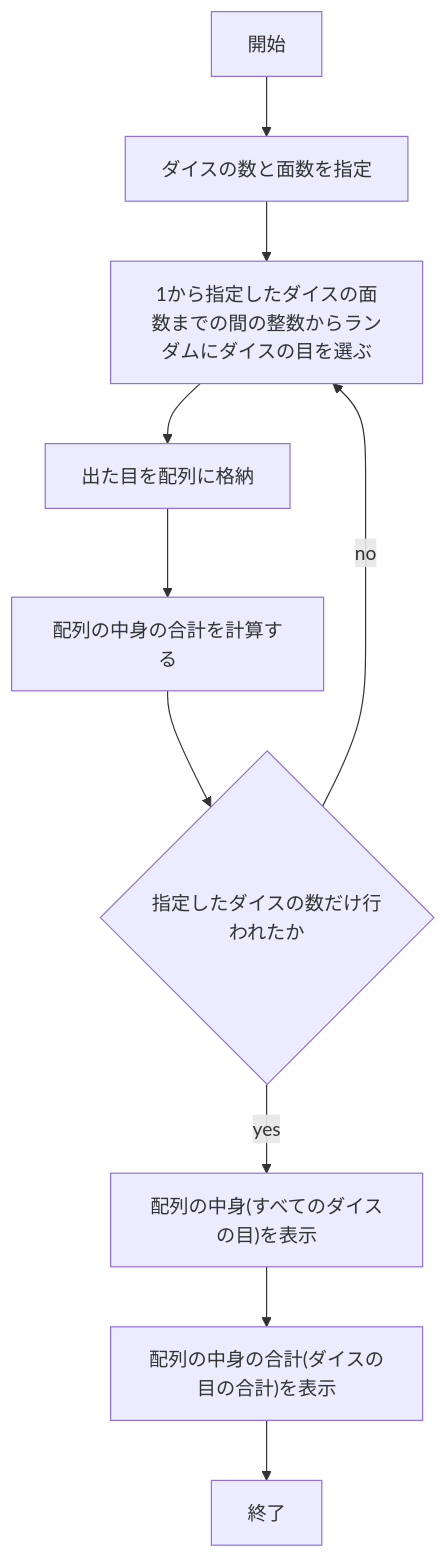
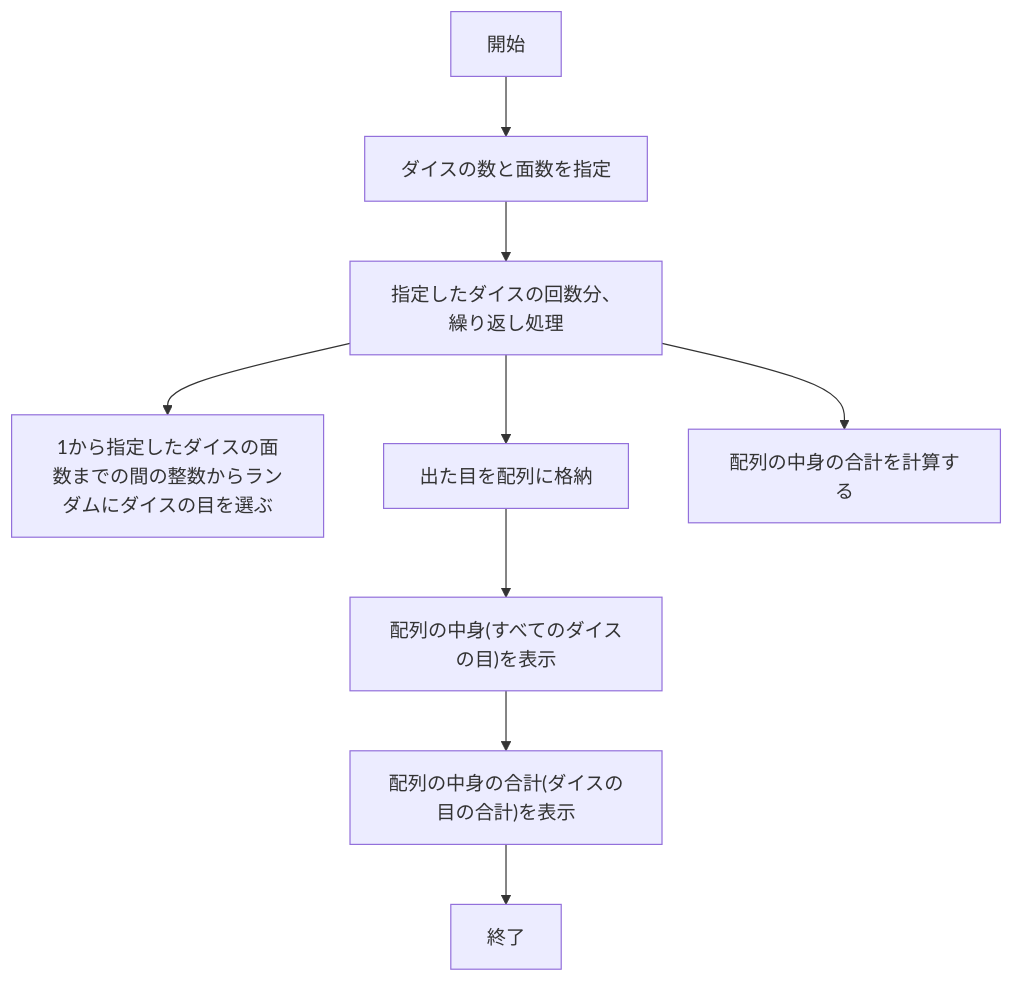
Before and after one commit to kanayuu0404/webpro_06: the second of 2 diagrams in README.md, drawn with Mermaid.

Commit message:
ダイスのフローチャートのifをforに変更

````diff
--- a/README.md
+++ b/README.md
@@ -68,23 +68,22 @@
 ```mermaid
 flowchart TD;
 
 start["開始"];
 end1["終了"]
 sitei["ダイスの数と面数を指定"]
 roll["1から指定したダイスの面数までの間の整数からランダムにダイスの目を選ぶ"]
 dice["出た目を配列に格納"]
 dices["配列の中身の合計を計算する"]
-if{"指定したダイスの数だけ行われたか"}
+loop["指定したダイスの回数分、繰り返し処理"]
 hyouji1["配列の中身(すべてのダイスの目)を表示"]
 hyouji2["配列の中身の合計(ダイスの目の合計)を表示"]
 
 start --> sitei
-sitei --> roll
-roll --> dice
-dice --> dices
-dices --> if
-if -->|yes| hyouji1
-if -->|no| roll
+sitei --> loop
+loop --> roll
+loop --> dice
+loop --> dices
+dice --> hyouji1
 hyouji1 --> hyouji2
 hyouji2 --> end1
 ```
````
